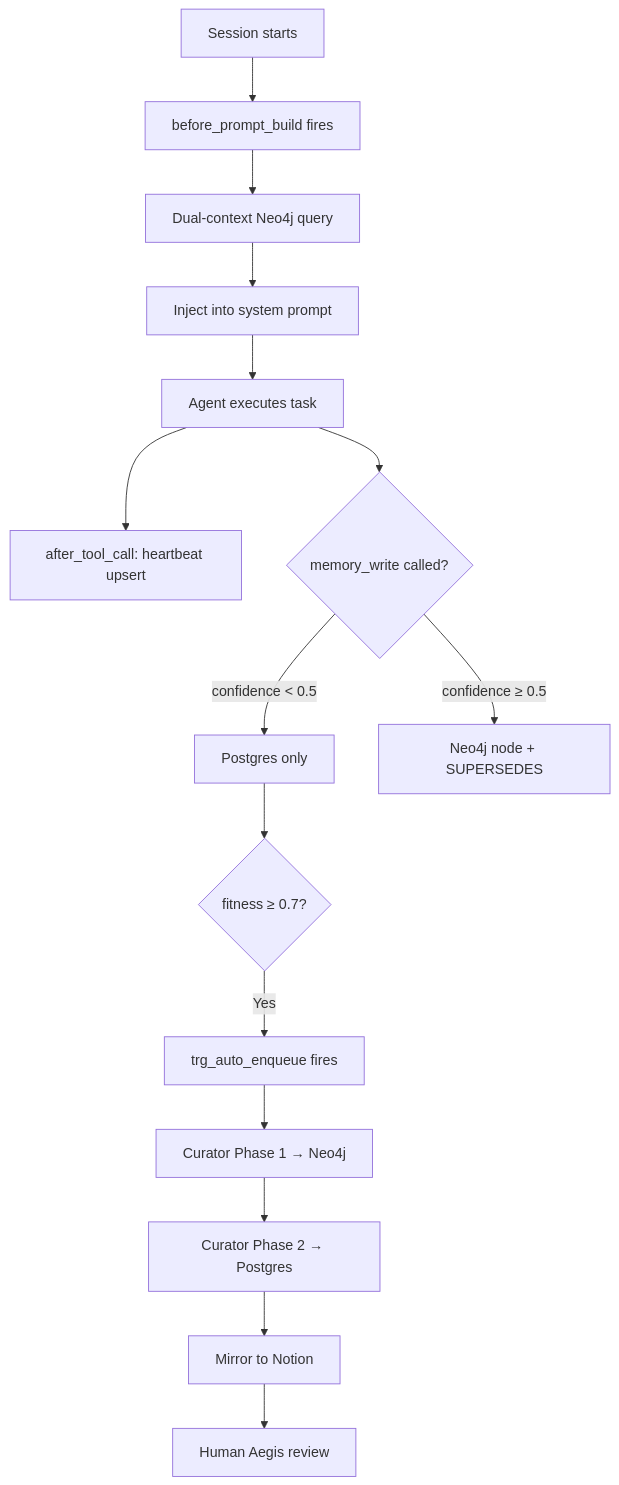
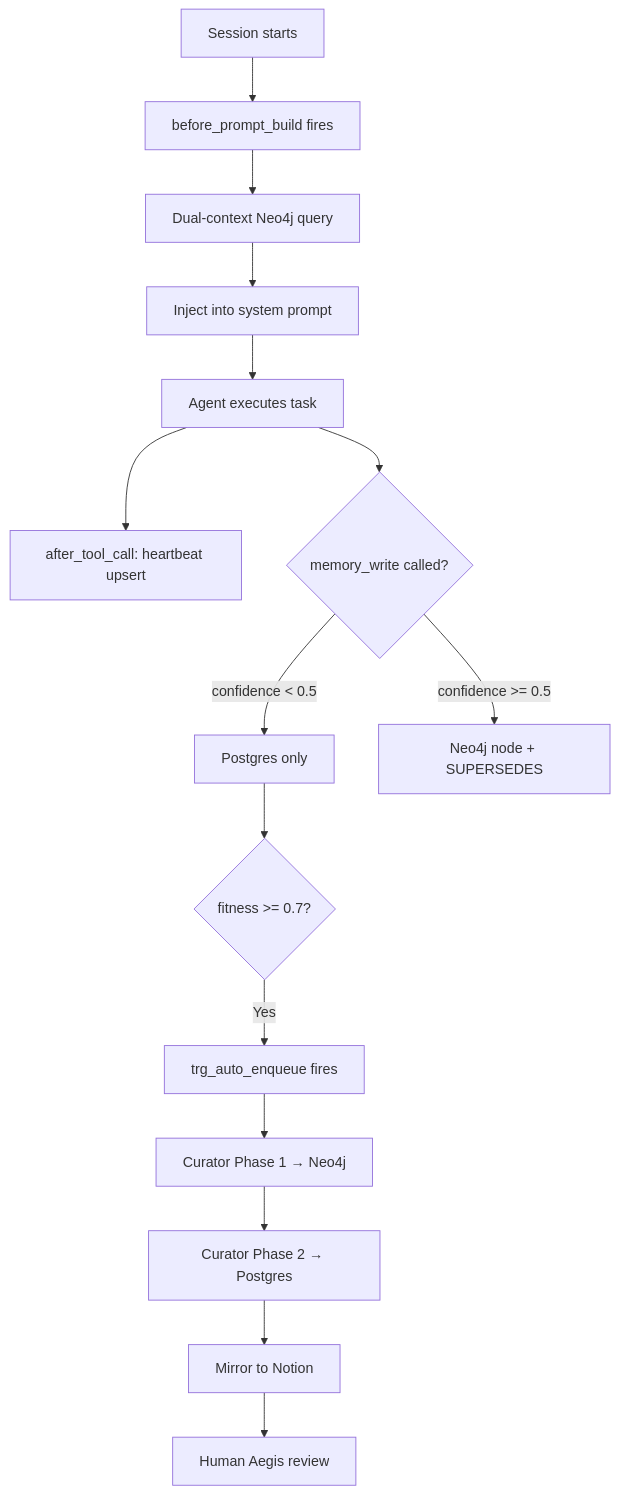
The third of 5 diagrams in docs/roninmemory/PROJECT.md (Charitablebusinessronin/Allura_Memory), drawn with Mermaid before and after one commit. The commit also changed other lines of this file and 44 other files, not shown here.

````diff
--- a/docs/roninmemory/PROJECT.md
+++ b/docs/roninmemory/PROJECT.md
@@ -139,17 +256,17 @@
 ```mermaid
 flowchart TD
   A[Session starts] --> B[before_prompt_build fires]
   B --> C[Dual-context Neo4j query]
   C --> D[Inject into system prompt]
   D --> E[Agent executes task]
   E --> F[after_tool_call: heartbeat upsert]
   E --> G{memory_write called?}
   G -->|confidence < 0.5| H[Postgres only]
-  G -->|confidence ≥ 0.5| I[Neo4j node + SUPERSEDES]
-  H --> J{fitness ≥ 0.7?}
+  G -->|confidence >= 0.5| I[Neo4j node + SUPERSEDES]
+  H --> J{fitness >= 0.7?}
   J -->|Yes| K[trg_auto_enqueue fires]
   K --> L[Curator Phase 1 → Neo4j]
   L --> M[Curator Phase 2 → Postgres]
   M --> N[Mirror to Notion]
   N --> O[Human Aegis review]
 ```
````
